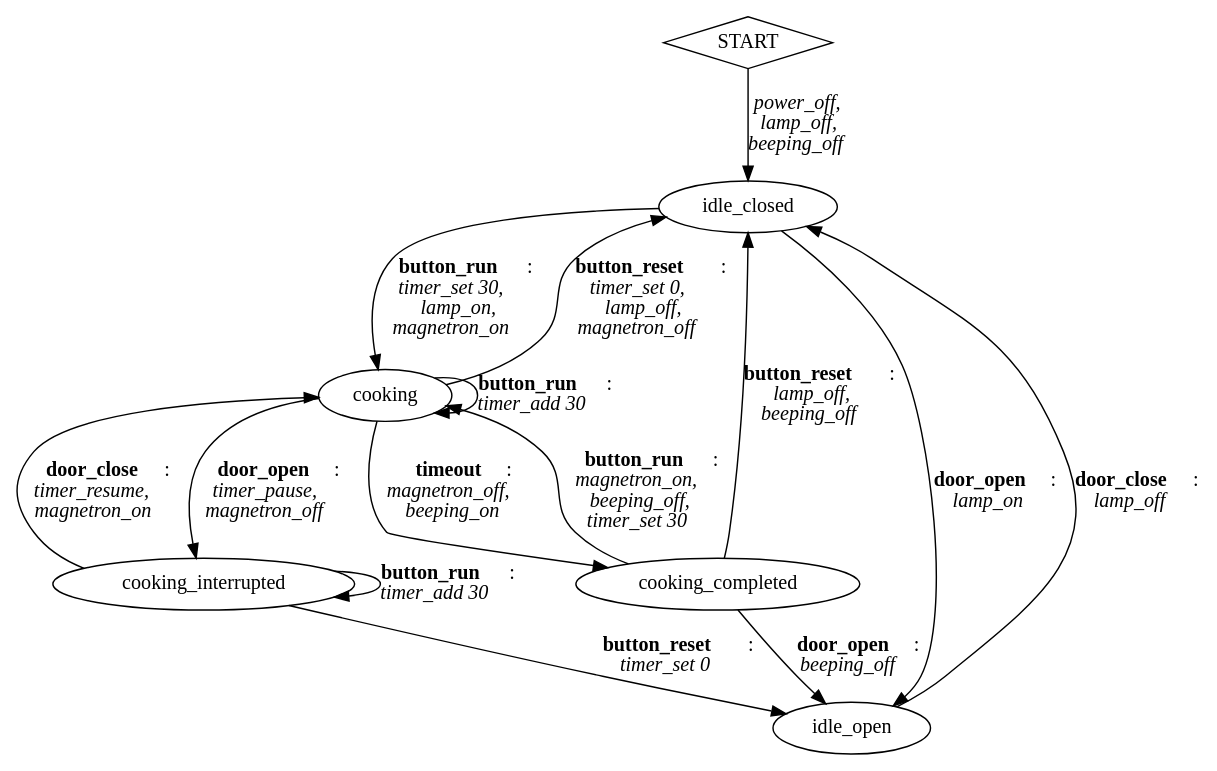
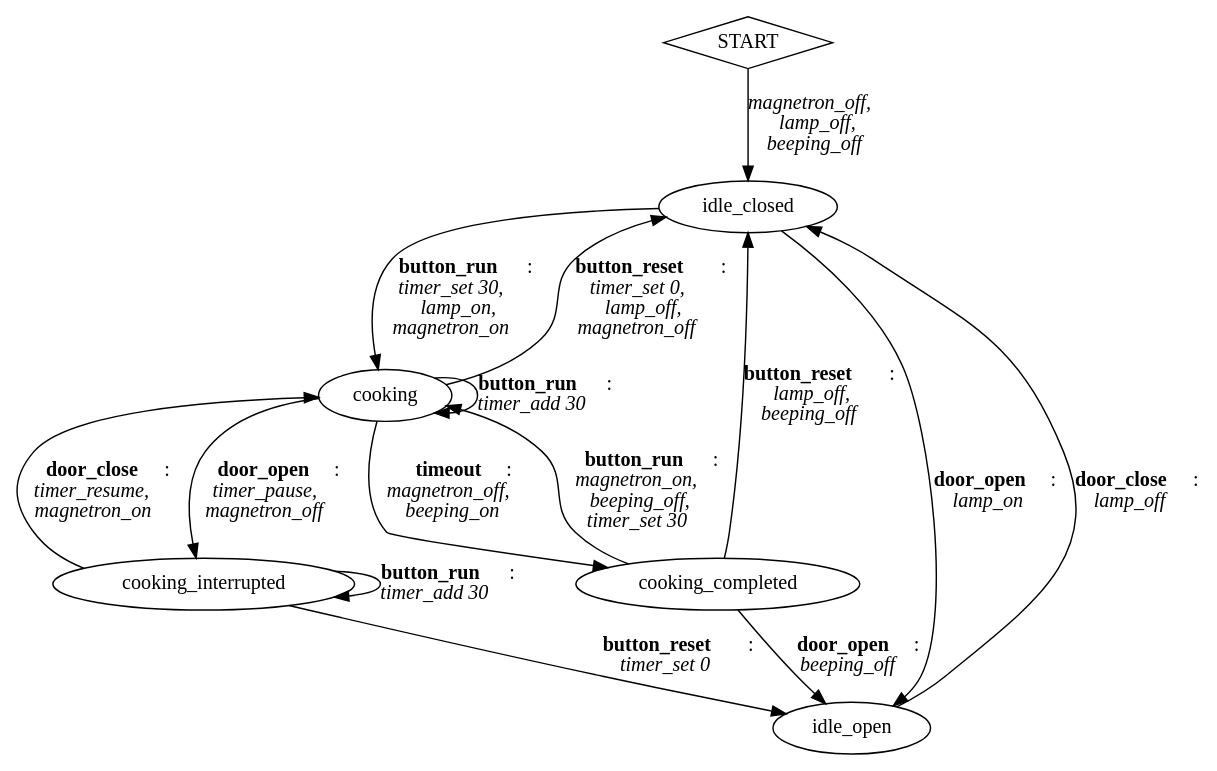
Before and after one commit to SipakovV/fsm-code-generator: the diagram in finite_automata/transducers/dot_source_files/microwave_fsm.dot, drawn with Graphviz.

Commit message:
Fixed 'power' -> 'magnetron'

```diff
--- a/finite_automata/transducers/dot_source_files/microwave_fsm.dot
+++ b/finite_automata/transducers/dot_source_files/microwave_fsm.dot
@@ -1,37 +1,37 @@
 // Microwave FSM
 digraph G {
 	START [shape=diamond]
 	cooking
 	cooking_completed
 	idle_open
 	cooking_interrupted
 	idle_closed
 	idle_closed -> idle_open
 	    [label=<<b>door_open</b>:<br/><i>lamp_on</i>>]
 	idle_closed -> cooking
 	    [label=<<b>button_run</b>:<br/><i>timer_set 30,<br/>lamp_on,<br/>magnetron_on</i>>]
 	idle_open -> idle_closed
 	    [label=<<b>door_close</b>:<br/><i>lamp_off</i>>]
 	cooking -> idle_closed
 	    [label=<<b>button_reset</b>:<br/><i>timer_set 0,<br/>lamp_off,<br/>magnetron_off</i>>]
 	cooking -> cooking
 	    [label=<<b>button_run</b>:<br/><i>timer_add 30</i>>]
 	cooking -> cooking_interrupted
 	    [label=<<b>door_open</b>:<br/><i>timer_pause,<br/>magnetron_off</i>>]
 	cooking -> cooking_completed
 	    [label=<<b>timeout</b>:<br/><i>magnetron_off,<br/>beeping_on</i>>]
 	cooking_interrupted -> cooking
 	    [label=<<b>door_close</b>:<br/><i>timer_resume,<br/>magnetron_on</i>>]
 	cooking_interrupted -> idle_open
 	    [label=<<b>button_reset</b>:<br/><i>timer_set 0</i>>]
 	cooking_interrupted -> cooking_interrupted
 	    [label=<<b>button_run</b>:<br/><i>timer_add 30</i>>]
 	cooking_completed -> idle_open
 	    [label=<<b>door_open</b>:<br/><i>beeping_off</i>>]
 	cooking_completed -> idle_closed
 	    [label=<<b>button_reset</b>:<br/><i>lamp_off,<br/>beeping_off</i>>]
 	cooking_completed -> cooking
 	    [label=<<b>button_run</b>:<br/><i>magnetron_on,<br/>beeping_off,<br/>timer_set 30</i>>];
 	START -> idle_closed
-	    [label=<<i>power_off,<br/>lamp_off,<br/>beeping_off</i>>]
+	    [label=<<i>magnetron_off,<br/>lamp_off,<br/>beeping_off</i>>]
 }
```
